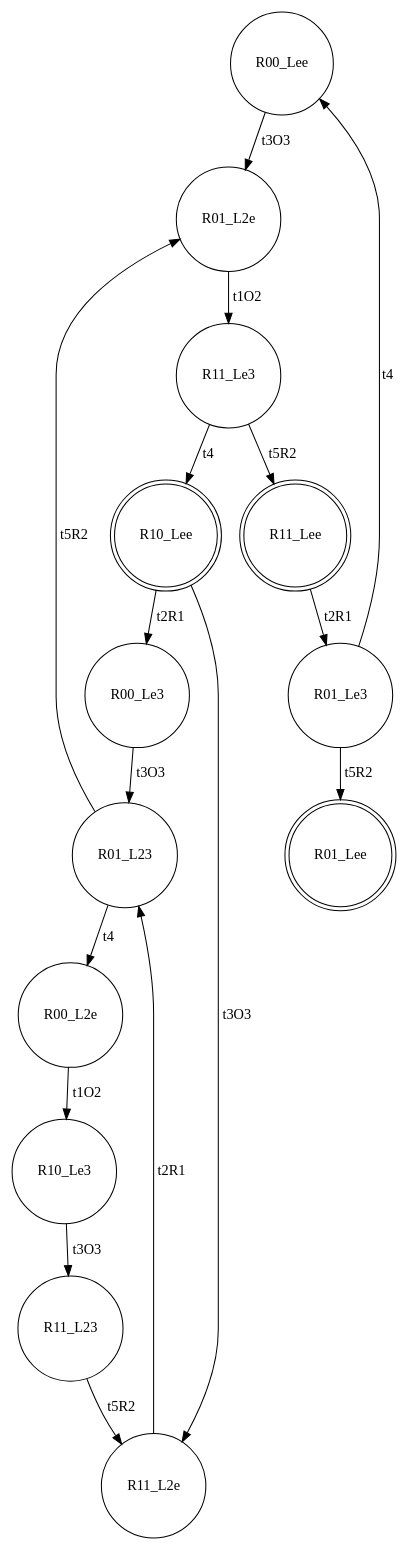
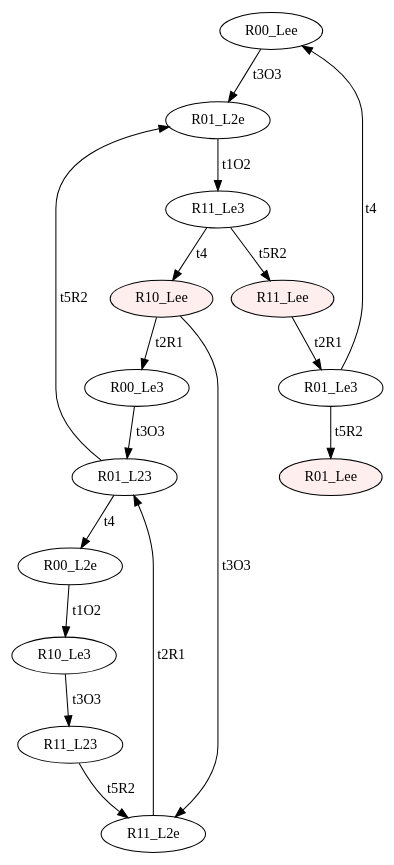
One commit to Stefano-BS/Explanatory-Diagnosis changed the diagram in input/e_SC.dot. Above: the diagram before and after it, drawn with Graphviz. The commit also changed 69 other files, not shown here.

```diff
--- a/input/e_SC.dot
+++ b/input/e_SC.dot
@@ -1,31 +1,31 @@
 digraph "SCinput/e" {
-node [shape=circle]; R00_Lee ;
-node [shape=circle]; R01_L2e ;
-node [shape=circle]; R11_Le3 ;
-node [shape=doublecircle]; R10_Lee ;
-node [shape=circle]; R00_Le3 ;
-node [shape=circle]; R01_L23 ;
-node [shape=circle]; R00_L2e ;
-node [shape=circle]; R10_Le3 ;
-node [shape=circle]; R11_L23 ;
-node [shape=circle]; R11_L2e ;
-node [shape=doublecircle]; R11_Lee ;
-node [shape=circle]; R01_Le3 ;
-node [shape=doublecircle]; R01_Lee ;
+node [fillcolor="#FFFFFF"]; R00_Lee ;
+node [fillcolor="#FFFFFF"]; R01_L2e ;
+node [fillcolor="#FFFFFF"]; R11_Le3 ;
+node [style=filled fillcolor="#FFEEEE"]; R10_Lee ;
+node [fillcolor="#FFFFFF"]; R00_Le3 ;
+node [fillcolor="#FFFFFF"]; R01_L23 ;
+node [fillcolor="#FFFFFF"]; R00_L2e ;
+node [fillcolor="#FFFFFF"]; R10_Le3 ;
+node [fillcolor="#FFFFFF"]; R11_L23 ;
+node [fillcolor="#FFFFFF"]; R11_L2e ;
+node [style=filled fillcolor="#FFEEEE"]; R11_Lee ;
+node [fillcolor="#FFFFFF"]; R01_Le3 ;
+node [style=filled fillcolor="#FFEEEE"]; R01_Lee ;
 R00_Lee -> R01_L2e [label=t3O3]
 R01_L2e -> R11_Le3 [label=t1O2]
 R11_Le3 -> R11_Lee [label=t5R2]
 R11_Le3 -> R10_Lee [label=t4]
 R10_Lee -> R11_L2e [label=t3O3]
 R10_Lee -> R00_Le3 [label=t2R1]
 R00_Le3 -> R01_L23 [label=t3O3]
 R01_L23 -> R01_L2e [label=t5R2]
 R01_L23 -> R00_L2e [label=t4]
 R00_L2e -> R10_Le3 [label=t1O2]
 R10_Le3 -> R11_L23 [label=t3O3]
 R11_L23 -> R11_L2e [label=t5R2]
 R11_L2e -> R01_L23 [label=t2R1]
 R11_Lee -> R01_Le3 [label=t2R1]
 R01_Le3 -> R01_Lee [label=t5R2]
 R01_Le3 -> R00_Lee [label=t4]
 }
```
